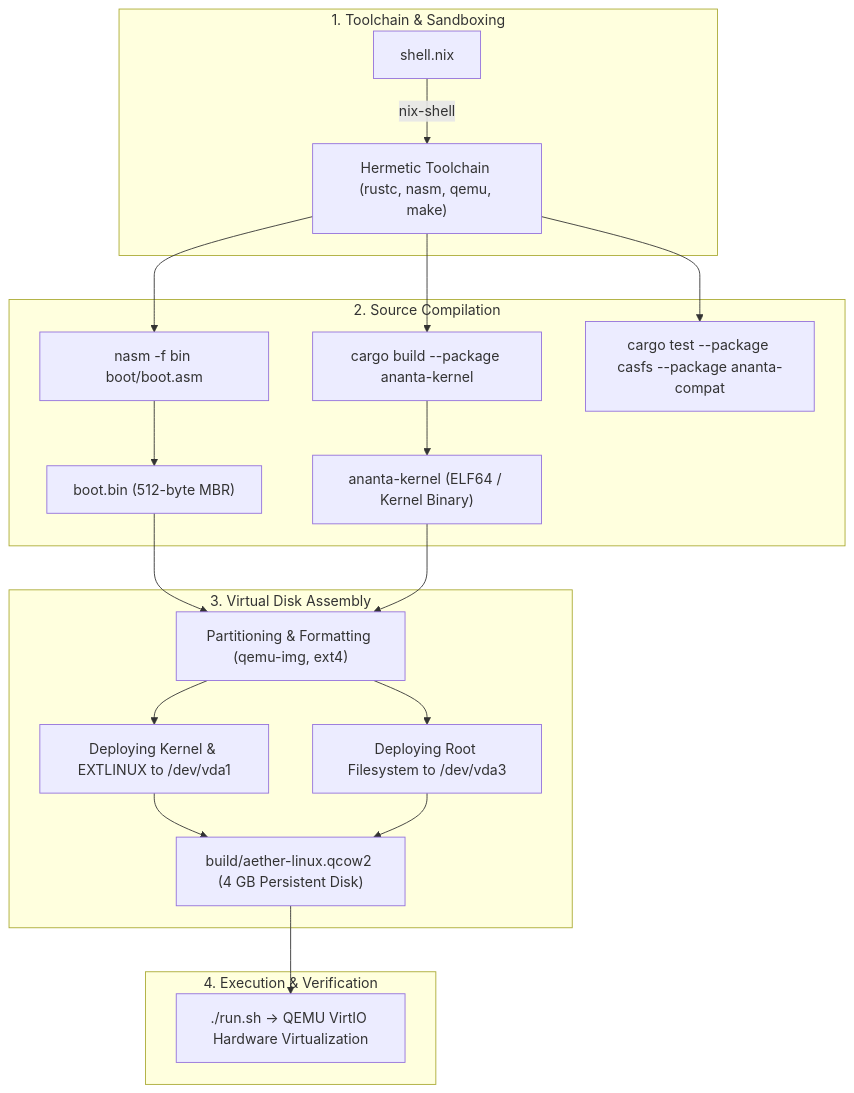
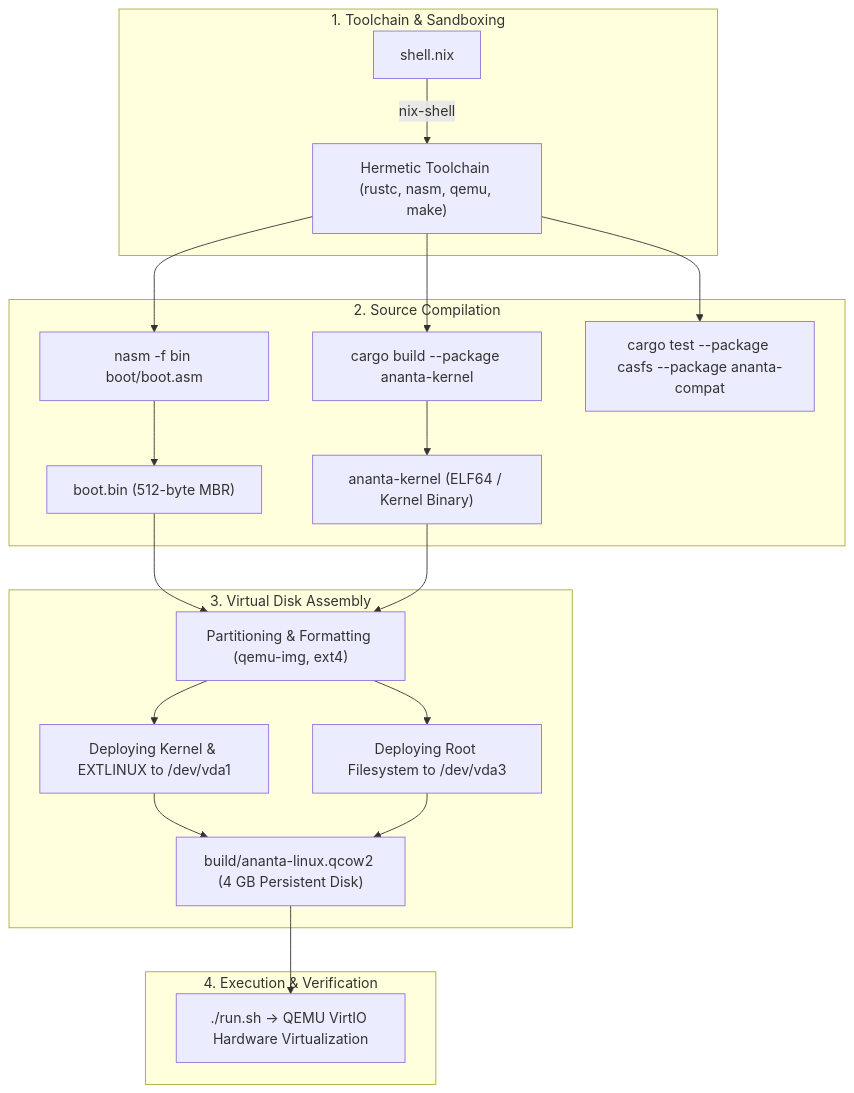
The diagram in README.md (akashbiswas7074/AetherOS), drawn with Mermaid before and after one commit. The commit also changed other lines of this file, not shown here.

Commit message:
docs: add blockchain filesystem flow charts, hacker protection matrix, and declarative generations to README

````diff
--- a/README.md
+++ b/README.md
@@ -103,25 +217,25 @@
 ```mermaid
 flowchart TD
     subgraph Phase1 ["1. Toolchain & Sandboxing"]
         A["shell.nix"] -->|"nix-shell"| B["Hermetic Toolchain (rustc, nasm, qemu, make)"]
     end
 
     subgraph Phase2 ["2. Source Compilation"]
         B --> C["nasm -f bin boot/boot.asm"]
         B --> D["cargo build --package ananta-kernel"]
         B --> E["cargo test --package casfs --package ananta-compat"]
         C --> F["boot.bin (512-byte MBR)"]
         D --> G["ananta-kernel (ELF64 / Kernel Binary)"]
     end
 
     subgraph Phase3 ["3. Virtual Disk Assembly"]
         F & G --> H["Partitioning & Formatting (qemu-img, ext4)"]
         H --> I["Deploying Kernel & EXTLINUX to /dev/vda1"]
         H --> J["Deploying Root Filesystem to /dev/vda3"]
-        I & J --> K["build/aether-linux.qcow2 (4 GB Persistent Disk)"]
+        I & J --> K["build/ananta-linux.qcow2 (4 GB Persistent Disk)"]
     end
 
     subgraph Phase4 ["4. Execution & Verification"]
         K --> L["./run.sh -> QEMU VirtIO Hardware Virtualization"]
     end
 ```
````
